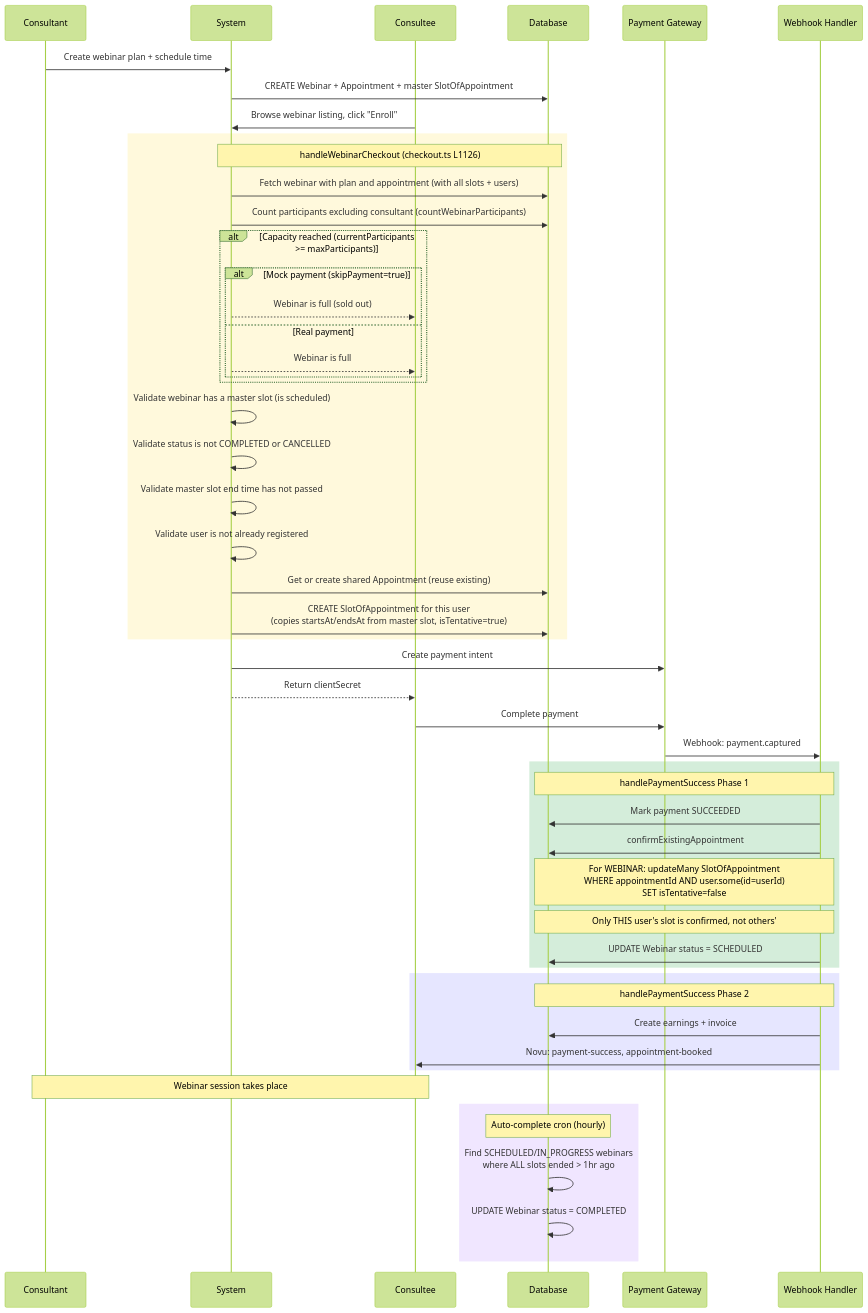
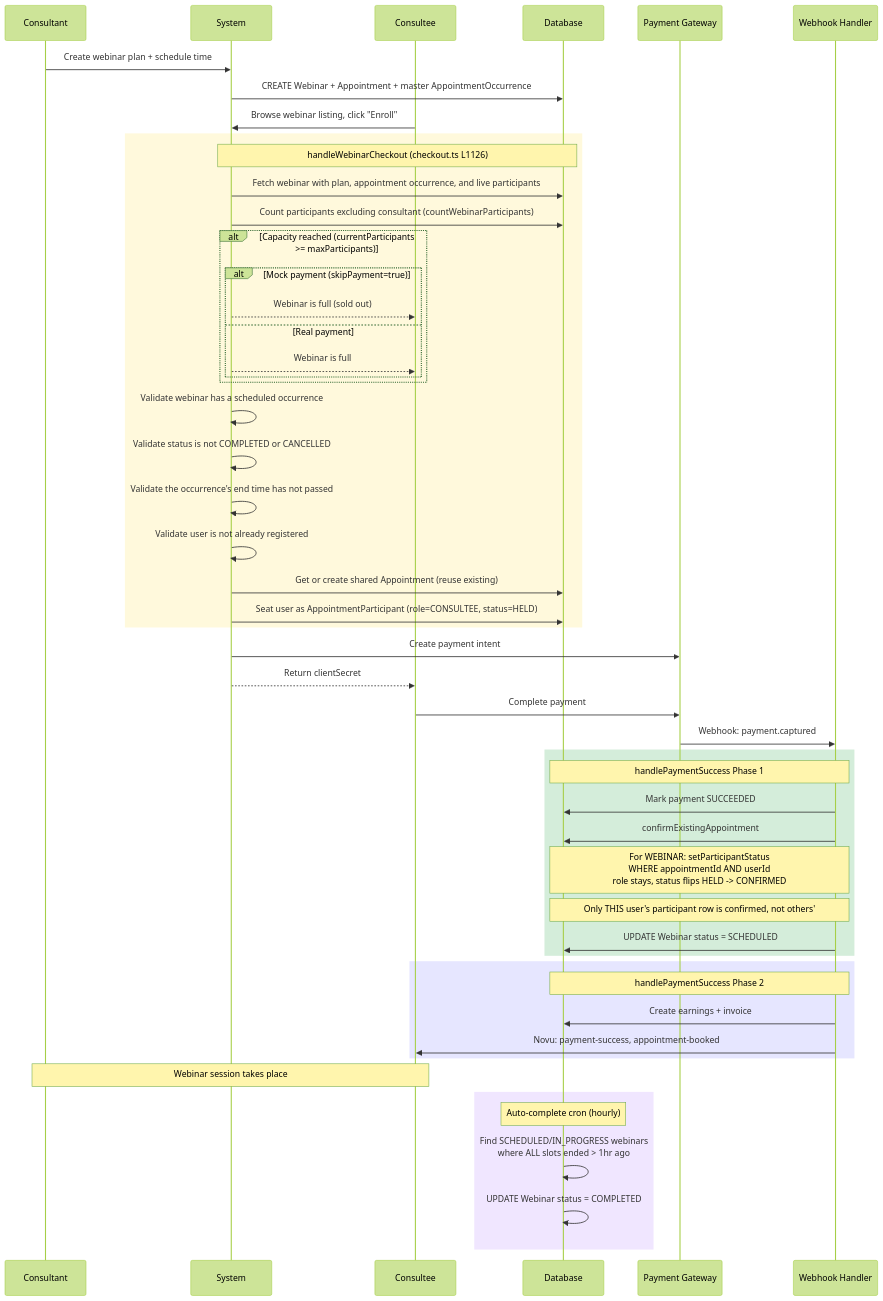
Before and after one commit to Practitionist/familiarise_web: the sixth of 16 diagrams in docs/booking/06-booking-lifecycle.md, drawn with Mermaid (forest theme). The commit also changed other lines of this file and 711 other files, not shown here.

First line of the commit message:
feat(scheduling): the vocabulary reset — AvailabilityWindow, AppointmentOccurrence, Meeting, Trial; slot and session retired (#1638)

````diff
--- a/docs/booking/06-booking-lifecycle.md
+++ b/docs/booking/06-booking-lifecycle.md
@@ -410,64 +411,64 @@
 ```mermaid
 sequenceDiagram
     participant CT as Consultant
     participant SYS as System
     participant CE as Consultee
     participant DB as Database
     participant GW as Payment Gateway
     participant WH as Webhook Handler
 
     CT->>SYS: Create webinar plan + schedule time
-    SYS->>DB: CREATE Webinar + Appointment + master SlotOfAppointment
+    SYS->>DB: CREATE Webinar + Appointment + master AppointmentOccurrence
 
     CE->>SYS: Browse webinar listing, click "Enroll"
 
     rect rgb(255, 249, 220)
         Note over SYS,DB: handleWebinarCheckout (checkout.ts L1126)
-        SYS->>DB: Fetch webinar with plan and appointment (with all slots + users)
+        SYS->>DB: Fetch webinar with plan, appointment occurrence, and live participants
         SYS->>DB: Count participants excluding consultant (countWebinarParticipants)
 
         alt Capacity reached (currentParticipants >= maxParticipants)
             alt Mock payment (skipPayment=true)
                 SYS-->>CE: Webinar is full (sold out)
             else Real payment
                 SYS-->>CE: Webinar is full
             end
         end
 
-        SYS->>SYS: Validate webinar has a master slot (is scheduled)
+        SYS->>SYS: Validate webinar has a scheduled occurrence
         SYS->>SYS: Validate status is not COMPLETED or CANCELLED
-        SYS->>SYS: Validate master slot end time has not passed
+        SYS->>SYS: Validate the occurrence's end time has not passed
         SYS->>SYS: Validate user is not already registered
 
         SYS->>DB: Get or create shared Appointment (reuse existing)
-        SYS->>DB: CREATE SlotOfAppointment for this user<br/>(copies startsAt/endsAt from master slot, isTentative=true)
+        SYS->>DB: Seat user as AppointmentParticipant (role=CONSULTEE, status=HELD)
     end
 
     SYS->>GW: Create payment intent
     SYS-->>CE: Return clientSecret
     CE->>GW: Complete payment
     GW->>WH: Webhook: payment.captured
 
     rect rgb(212, 237, 218)
         Note over WH,DB: handlePaymentSuccess Phase 1
         WH->>DB: Mark payment SUCCEEDED
         WH->>DB: confirmExistingAppointment
-        Note over WH,DB: For WEBINAR: updateMany SlotOfAppointment<br/>WHERE appointmentId AND user.some(id=userId)<br/>SET isTentative=false
-        Note over WH,DB: Only THIS user's slot is confirmed, not others'
+        Note over WH,DB: For WEBINAR: setParticipantStatus<br/>WHERE appointmentId AND userId<br/>role stays, status flips HELD -> CONFIRMED
+        Note over WH,DB: Only THIS user's participant row is confirmed, not others'
         WH->>DB: UPDATE Webinar status = SCHEDULED
     end
 
     rect rgb(230, 230, 255)
         Note over WH,DB: handlePaymentSuccess Phase 2
         WH->>DB: Create earnings + invoice
         WH->>CE: Novu: payment-success, appointment-booked
     end
 
     Note over CT,CE: Webinar session takes place
 
     rect rgb(240, 230, 255)
         Note over DB: Auto-complete cron (hourly)
         DB->>DB: Find SCHEDULED/IN_PROGRESS webinars<br/>where ALL slots ended > 1hr ago
         DB->>DB: UPDATE Webinar status = COMPLETED
     end
 ```
````
